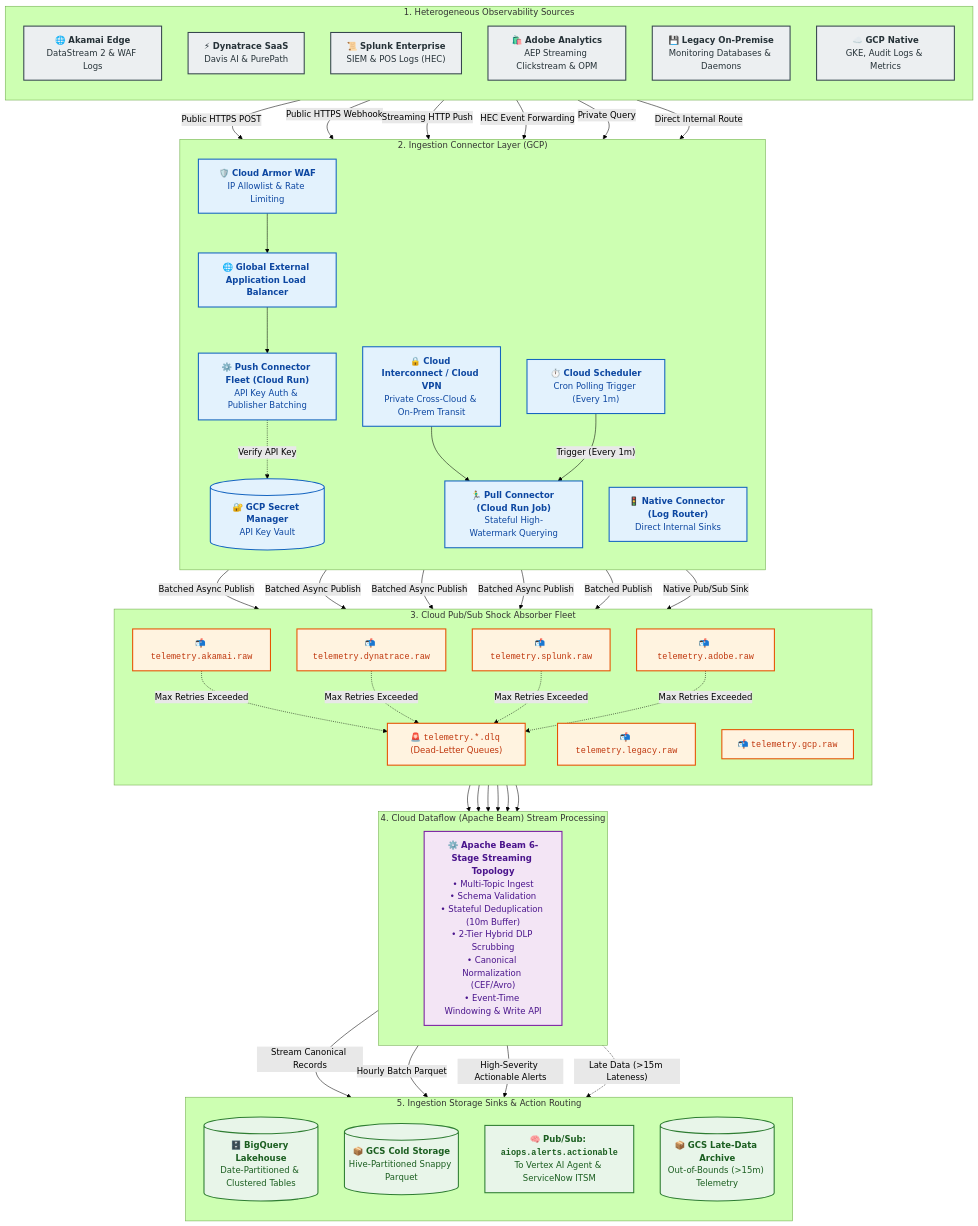
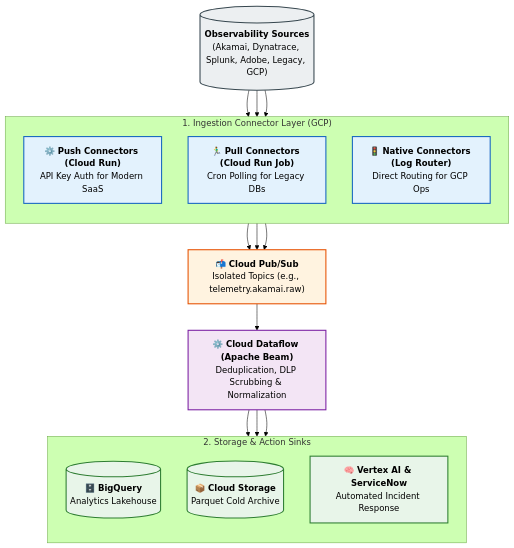
Before and after one commit to toanbui626391/aiops_architect: the diagram in docs/architecture/01_ingestion/ingestion_architecture.md, drawn with Mermaid (forest theme). The commit also changed other lines of this file, not shown here.

````diff
--- a/docs/architecture/01_ingestion/ingestion_architecture.md
+++ b/docs/architecture/01_ingestion/ingestion_architecture.md
@@ -13,106 +11,55 @@
 ```mermaid
 flowchart TD
-    %% 1. PRODUCERS
-    subgraph Sources["1. Heterogeneous Observability Sources"]
+    %% Sources
+    Sources[("<b>Observability Sources</b><br/>(Akamai, Dynatrace, Splunk, Adobe, Legacy, GCP)")]
+    
+    %% Connectors
+    subgraph Connectors ["1. Ingestion Connector Layer (GCP)"]
         direction TB
-        Akamai["🌐 <b>Akamai Edge</b><br/>DataStream 2 & WAF Logs"]
-        Dyna["⚡ <b>Dynatrace SaaS</b><br/>Davis AI & PurePath"]
-        Splunk["📜 <b>Splunk Enterprise</b><br/>SIEM & POS Logs (HEC)"]
-        Adobe["🛍️ <b>Adobe Analytics</b><br/>AEP Streaming Clickstream & OPM"]
-        Legacy["💾 <b>Legacy On-Premise</b><br/>Monitoring Databases & Daemons"]
-        GCPOps["☁️ <b>GCP Native</b><br/>GKE, Audit Logs & Metrics"]
+        Push["⚙️ <b>Push Connectors (Cloud Run)</b><br/>API Key Auth for Modern SaaS"]
+        Pull["🏃‍♂️ <b>Pull Connectors (Cloud Run Job)</b><br/>Cron Polling for Legacy DBs"]
+        Native["🚦 <b>Native Connectors (Log Router)</b><br/>Direct Routing for GCP Ops"]
+    end
+    
+    %% Event Bus
+    PubSub["📬 <b>Cloud Pub/Sub</b><br/>Isolated Topics (e.g., telemetry.akamai.raw)"]
+    
+    %% Stream Processing
+    Dataflow["⚙️ <b>Cloud Dataflow (Apache Beam)</b><br/>Deduplication, DLP Scrubbing & Normalization"]
+    
+    %% Storage Sinks
+    subgraph Storage ["2. Storage & Action Sinks"]
+        direction TB
+        BQ[("🗄️ <b>BigQuery</b><br/>Analytics Lakehouse")]
+        GCS[("📦 <b>Cloud Storage</b><br/>Parquet Cold Archive")]
+        Action["🧠 <b>Vertex AI & ServiceNow</b><br/>Automated Incident Response"]
     end
 
-    %% 2. CONNECTOR LAYER & SECURITY
-    subgraph Connector_Layer["2. Ingestion Connector Layer (GCP)"]
-        direction TB
-        CloudArmor["🛡️ <b>Cloud Armor WAF</b><br/>IP Allowlist & Rate Limiting"]
-        ExtLB["🌐 <b>Global External Application Load Balancer</b>"]
-        VPN["🔒 <b>Cloud Interconnect / Cloud VPN</b><br/>Private Cross-Cloud & On-Prem Transit"]
-        PushConnector["⚙️ <b>Push Connector Fleet (Cloud Run)</b><br/>API Key Auth & Publisher Batching"]
-        SecretMgr[("🔐 <b>GCP Secret Manager</b><br/>API Key Vault")]
-        CloudSched["⏱️ <b>Cloud Scheduler</b><br/>Cron Polling Trigger (Every 1m)"]
-        PullConnector["🏃‍♂️ <b>Pull Connector (Cloud Run Job)</b><br/>Stateful High-Watermark Querying"]
-        NativeConnector["🚦 <b>Native Connector (Log Router)</b><br/>Direct Internal Sinks"]
-    end
+    %% Flow
+    Sources --> Push
+    Sources --> Pull
+    Sources --> Native
+    
+    Push --> PubSub
+    Pull --> PubSub
+    Native --> PubSub
+    
+    PubSub --> Dataflow
+    
+    Dataflow --> BQ
+    Dataflow --> GCS
+    Dataflow --> Action
 
-    %% 3. EVENT BUS
-    subgraph Event_Bus["3. Cloud Pub/Sub Shock Absorber Fleet"]
-        direction TB
-        T_Akamai["📬 <code>telemetry.akamai.raw</code>"]
-        T_Dyna["📬 <code>telemetry.dynatrace.raw</code>"]
-        T_Splunk["📬 <code>telemetry.splunk.raw</code>"]
-        T_Adobe["📬 <code>telemetry.adobe.raw</code>"]
-        T_Legacy["📬 <code>telemetry.legacy.raw</code>"]
-        T_GCP["📬 <code>telemetry.gcp.raw</code>"]
-        DLQ_Fleet["🚨 <code>telemetry.*.dlq</code> (Dead-Letter Queues)"]
-    end
+    %% Styling
+    classDef srcStyle fill:#ECEFF1,stroke:#37474F,stroke-width:2px;
+    classDef conStyle fill:#E3F2FD,stroke:#1565C0,stroke-width:2px;
+    classDef psStyle fill:#FFF3E0,stroke:#E65100,stroke-width:2px;
+    classDef dfStyle fill:#F3E5F5,stroke:#7B1FA2,stroke-width:2px;
+    classDef sinkStyle fill:#E8F5E9,stroke:#2E7D32,stroke-width:2px;
 
-    %% 4. STREAM ETL
-    subgraph Dataflow_Core["4. Cloud Dataflow (Apache Beam) Stream Processing"]
-        direction TB
-        BeamPipeline["⚙️ <b>Apache Beam 6-Stage Streaming Topology</b><br/>• Multi-Topic Ingest<br/>• Schema Validation<br/>• Stateful Deduplication (10m Buffer)<br/>• 2-Tier Hybrid DLP Scrubbing<br/>• Canonical Normalization (CEF/Avro)<br/>• Event-Time Windowing & Write API"]
-    end
-
-    %% 5. OUTPUTS
-    subgraph Storage_Sinks["5. Ingestion Storage Sinks & Action Routing"]
-        direction TB
-        BQ_Table[("🗄️ <b>BigQuery Lakehouse</b><br/>Date-Partitioned & Clustered Tables")]
-        GCS_Parquet[("📦 <b>GCS Cold Storage</b><br/>Hive-Partitioned Snappy Parquet")]
-        Actionable_Topic["🧠 <b>Pub/Sub: <code>aiops.alerts.actionable</code></b><br/>To Vertex AI Agent & ServiceNow ITSM"]
-        Late_Data_Sink[("📦 <b>GCS Late-Data Archive</b><br/>Out-of-Bounds (>15m) Telemetry")]
-    end
-
-    %% CONNECTIONS
-    Akamai -->|"Public HTTPS POST"| CloudArmor
-    Dyna -->|"Public HTTPS Webhook"| CloudArmor
-    Adobe -->|"Streaming HTTP Push"| CloudArmor
-    Splunk -->|"HEC Event Forwarding"| CloudArmor
-
-    CloudArmor --> ExtLB
-    ExtLB --> PushConnector
-    PushConnector -.->|"Verify API Key"| SecretMgr
-    
-    Legacy -->|"Private Query"| VPN
-    VPN --> PullConnector
-    CloudSched -->|"Trigger (Every 1m)"| PullConnector
-
-    GCPOps -->|"Direct Internal Route"| NativeConnector
-
-    PushConnector -->|"Batched Async Publish"| T_Akamai
-    PushConnector -->|"Batched Async Publish"| T_Dyna
-    PushConnector -->|"Batched Async Publish"| T_Splunk
-    PushConnector -->|"Batched Async Publish"| T_Adobe
-    PullConnector -->|"Batched Publish"| T_Legacy
-    NativeConnector -->|"Native Pub/Sub Sink"| T_GCP
-
-    T_Akamai --> BeamPipeline
-    T_Dyna --> BeamPipeline
-    T_Splunk --> BeamPipeline
-    T_Adobe --> BeamPipeline
-    T_Legacy --> BeamPipeline
-    T_GCP --> BeamPipeline
-
-    T_Akamai -.->|"Max Retries Exceeded"| DLQ_Fleet
-    T_Dyna -.->|"Max Retries Exceeded"| DLQ_Fleet
-    T_Splunk -.->|"Max Retries Exceeded"| DLQ_Fleet
-    T_Adobe -.->|"Max Retries Exceeded"| DLQ_Fleet
-
-    BeamPipeline -->|"Stream Canonical Records"| BQ_Table
-    BeamPipeline -->|"Hourly Batch Parquet"| GCS_Parquet
-    BeamPipeline -->|"High-Severity Actionable Alerts"| Actionable_Topic
-    BeamPipeline -.->|"Late Data (>15m Lateness)"| Late_Data_Sink
-
-    %% STYLING
-    classDef srcStyle fill:#ECEFF1,stroke:#37474F,stroke-width:2px,color:#263238;
-    classDef secStyle fill:#E3F2FD,stroke:#1565C0,stroke-width:2px,color:#0D47A1;
-    classDef psStyle fill:#FFF3E0,stroke:#E65100,stroke-width:2px,color:#BF360C;
-    classDef dfStyle fill:#F3E5F5,stroke:#7B1FA2,stroke-width:2px,color:#4A148C;
-    classDef sinkStyle fill:#E8F5E9,stroke:#2E7D32,stroke-width:2px,color:#1B5E20;
-
-    class Akamai,Dyna,Splunk,Adobe,Legacy,GCPOps srcStyle;
-    class CloudArmor,ExtLB,VPN,PushConnector,SecretMgr,CloudSched,PullConnector,NativeConnector secStyle;
-    class T_Akamai,T_Dyna,T_Splunk,T_Adobe,T_Legacy,T_GCP,DLQ_Fleet psStyle;
-    class BeamPipeline dfStyle;
-    class BQ_Table,GCS_Parquet,Actionable_Topic,Late_Data_Sink sinkStyle;
+    class Sources srcStyle;
+    class Push,Pull,Native conStyle;
+    class PubSub psStyle;
+    class Dataflow dfStyle;
+    class BQ,GCS,Action sinkStyle;
 ```
````
